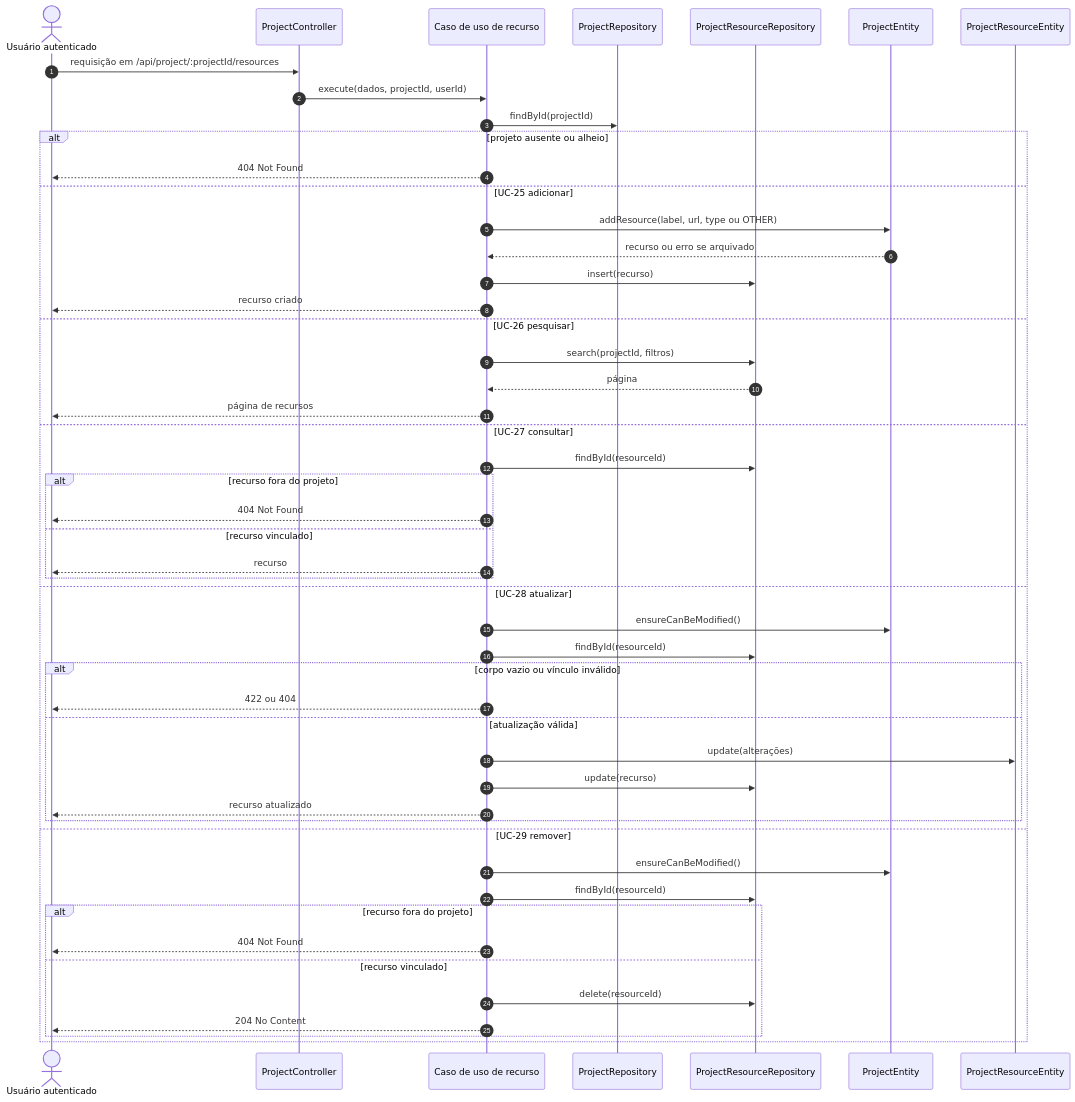
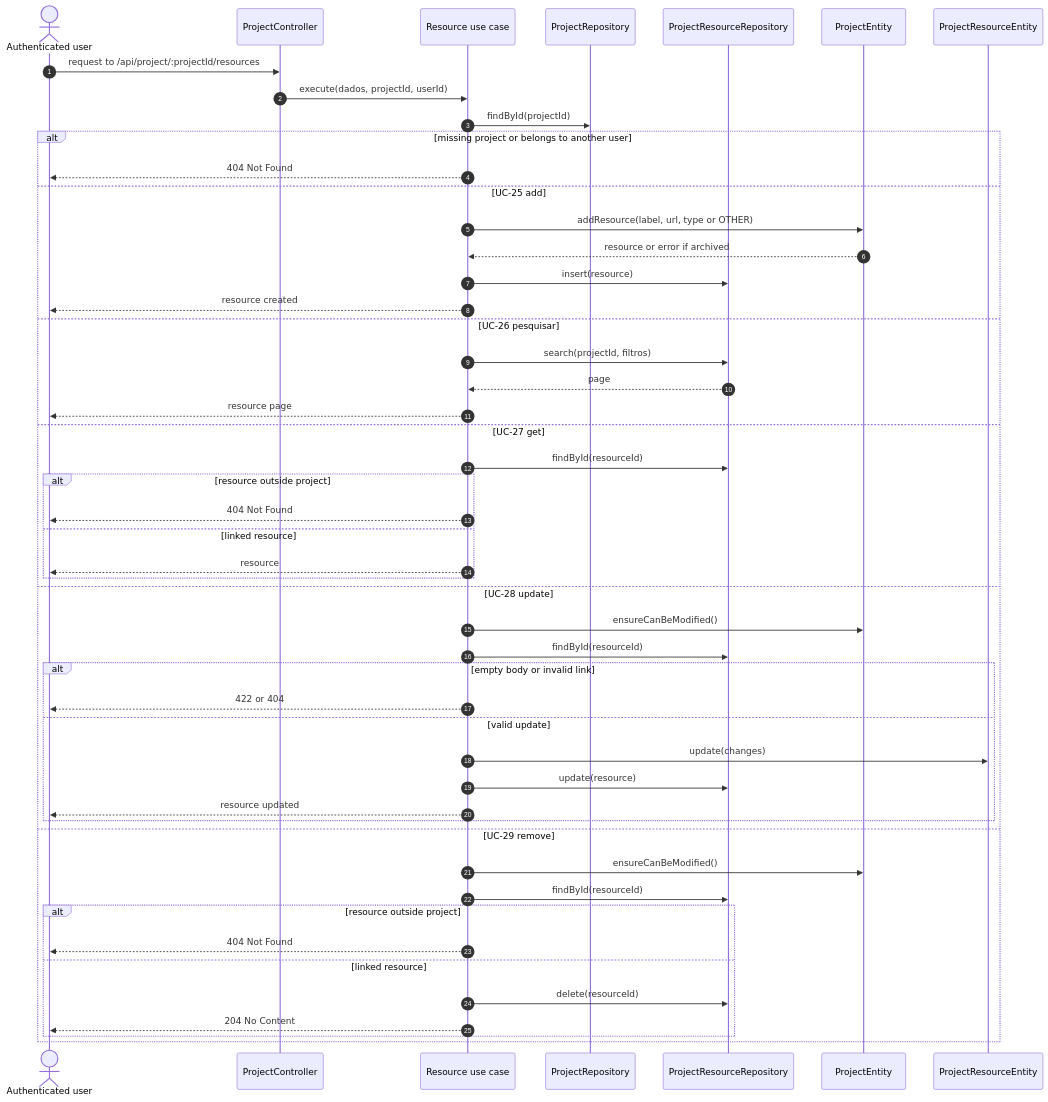
The sixth of 6 diagrams in docs/diagrams/sequences/projects.md (Lucalopezz/DevLog), drawn with Mermaid before and after one commit. The commit also changed other lines of this file and 235 other files, not shown here.

````diff
--- a/docs/diagrams/sequences/projects.md
+++ b/docs/diagrams/sequences/projects.md
@@ -229,53 +229,53 @@
 ```mermaid
 sequenceDiagram
     autonumber
-    actor Usuario as Usuário autenticado
+    actor UserActor as Authenticated user
     participant C as ProjectController
-    participant UC as Caso de uso de recurso
+    participant UC as Resource use case
     participant PRepo as ProjectRepository
     participant RRepo as ProjectResourceRepository
     participant Project as ProjectEntity
     participant Resource as ProjectResourceEntity
 
-    Usuario->>C: requisição em /api/project/:projectId/resources
+    UserActor->>C: request to /api/project/:projectId/resources
     C->>UC: execute(dados, projectId, userId)
     UC->>PRepo: findById(projectId)
-    alt projeto ausente ou alheio
-        UC-->>Usuario: 404 Not Found
-    else UC-25 adicionar
-        UC->>Project: addResource(label, url, type ou OTHER)
-        Project-->>UC: recurso ou erro se arquivado
-        UC->>RRepo: insert(recurso)
-        UC-->>Usuario: recurso criado
+    alt missing project or belongs to another user
+        UC-->>UserActor: 404 Not Found
+    else UC-25 add
+        UC->>Project: addResource(label, url, type or OTHER)
+        Project-->>UC: resource or error if archived
+        UC->>RRepo: insert(resource)
+        UC-->>UserActor: resource created
     else UC-26 pesquisar
         UC->>RRepo: search(projectId, filtros)
-        RRepo-->>UC: página
-        UC-->>Usuario: página de recursos
-    else UC-27 consultar
+        RRepo-->>UC: page
+        UC-->>UserActor: resource page
+    else UC-27 get
         UC->>RRepo: findById(resourceId)
-        alt recurso fora do projeto
-            UC-->>Usuario: 404 Not Found
-        else recurso vinculado
-            UC-->>Usuario: recurso
+        alt resource outside project
+            UC-->>UserActor: 404 Not Found
+        else linked resource
+            UC-->>UserActor: resource
         end
-    else UC-28 atualizar
+    else UC-28 update
         UC->>Project: ensureCanBeModified()
         UC->>RRepo: findById(resourceId)
-        alt corpo vazio ou vínculo inválido
-            UC-->>Usuario: 422 ou 404
-        else atualização válida
-            UC->>Resource: update(alterações)
-            UC->>RRepo: update(recurso)
-            UC-->>Usuario: recurso atualizado
+        alt empty body or invalid link
+            UC-->>UserActor: 422 or 404
+        else valid update
+            UC->>Resource: update(changes)
+            UC->>RRepo: update(resource)
+            UC-->>UserActor: resource updated
         end
-    else UC-29 remover
+    else UC-29 remove
         UC->>Project: ensureCanBeModified()
         UC->>RRepo: findById(resourceId)
-        alt recurso fora do projeto
-            UC-->>Usuario: 404 Not Found
-        else recurso vinculado
+        alt resource outside project
+            UC-->>UserActor: 404 Not Found
+        else linked resource
             UC->>RRepo: delete(resourceId)
-            UC-->>Usuario: 204 No Content
+            UC-->>UserActor: 204 No Content
         end
     end
 ```
````
